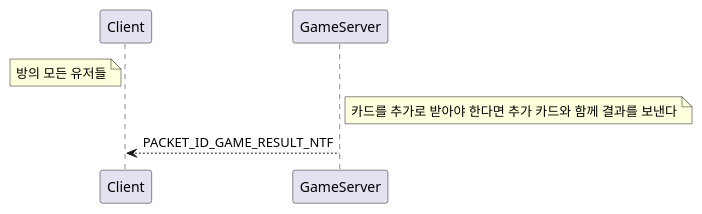
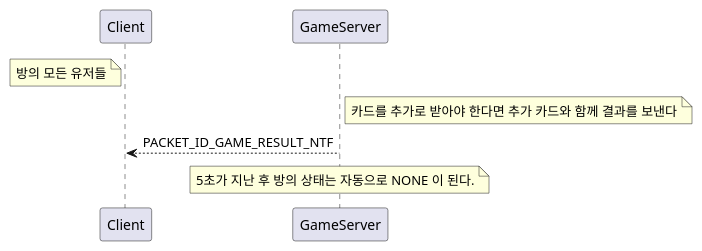
The diagram in baccaratServer/docs/53_GameResult.puml (jacking75/edu_GolangSocketGameServer), drawn with PlantUML before and after one commit. The commit also changed 10 other files, not shown here.

```diff
--- a/baccaratServer/docs/53_GameResult.puml
+++ b/baccaratServer/docs/53_GameResult.puml
@@ -1,5 +1,6 @@
 @startuml
 note left Client: 방의 모든 유저들
 note right GameServer: 카드를 추가로 받아야 한다면 추가 카드와 함께 결과를 보낸다
 Client <-- GameServer: PACKET_ID_GAME_RESULT_NTF
+note over GameServer: 5초가 지난 후 방의 상태는 자동으로 NONE 이 된다.
 @enduml
```
